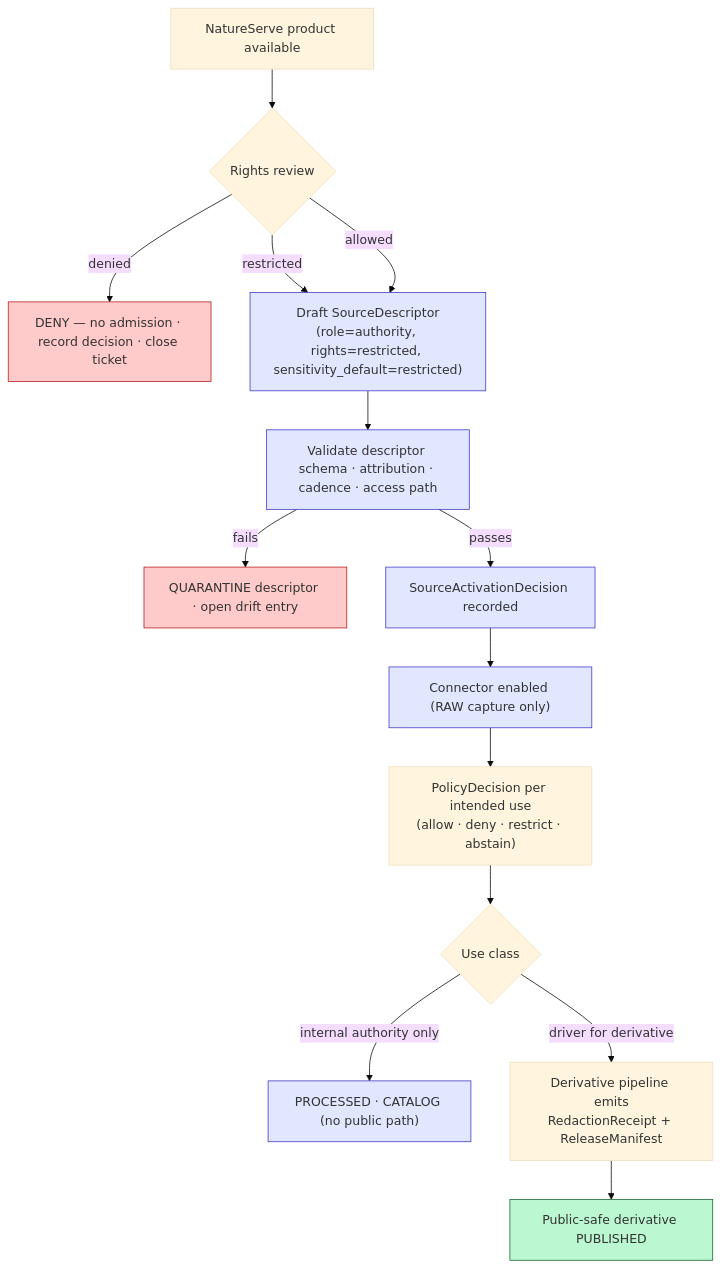
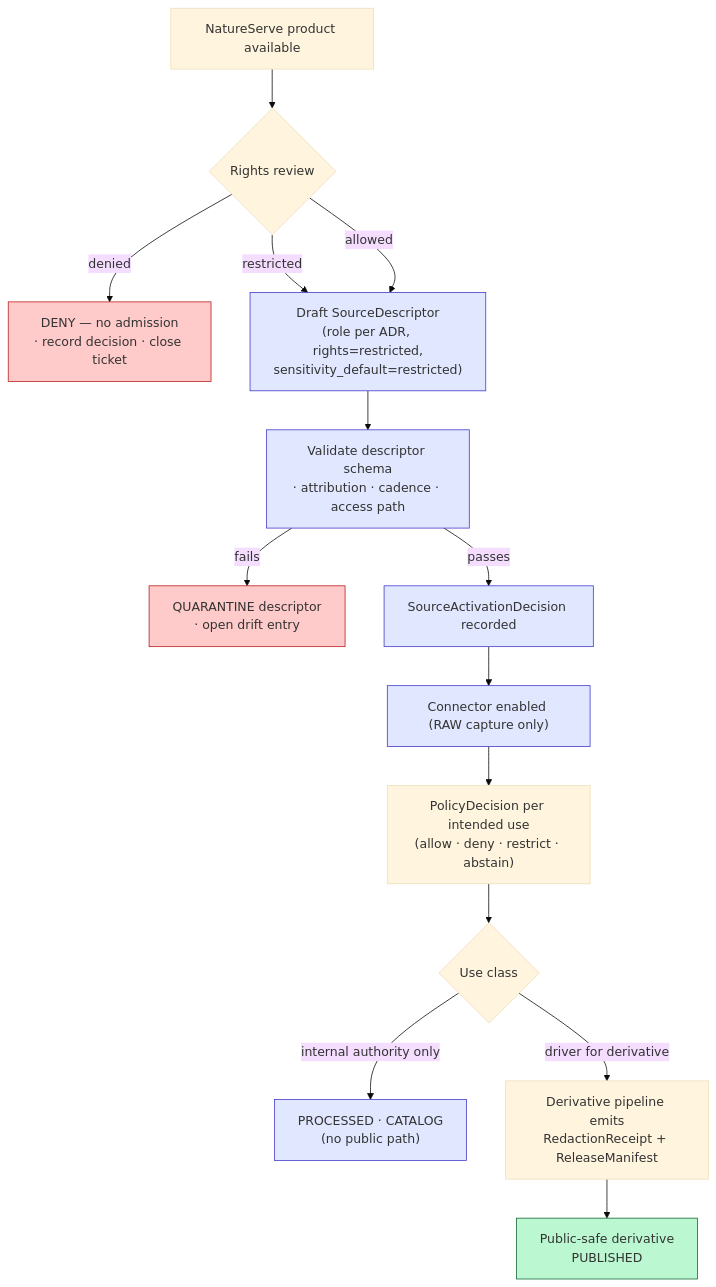
The second of 2 diagrams in docs/sources/catalog/natureserve/README.md (bartytime4life/Kansas-Frontier-Matrix), drawn with Mermaid (base theme) before and after one commit. The commit also changed other lines of this file, not shown here.

````diff
--- a/docs/sources/catalog/natureserve/README.md
+++ b/docs/sources/catalog/natureserve/README.md
@@ -245,22 +278,22 @@
 ```mermaid
 flowchart TD
   A["NatureServe product available"] --> B{"Rights review"}
-  B -- denied --> X1["DENY — no admission · record decision · close ticket"]
-  B -- restricted --> C["Draft SourceDescriptor<br/>(role=authority, rights=restricted, sensitivity_default=restricted)"]
+  B -- denied --> X1["DENY — no admission<br/>· record decision · close ticket"]
+  B -- restricted --> C["Draft SourceDescriptor<br/>(role per ADR, rights=restricted,<br/>sensitivity_default=restricted)"]
   B -- allowed --> C
-  C --> D["Validate descriptor schema · attribution · cadence · access path"]
-  D -- fails --> X2["QUARANTINE descriptor · open drift entry"]
+  C --> D["Validate descriptor schema<br/>· attribution · cadence · access path"]
+  D -- fails --> X2["QUARANTINE descriptor<br/>· open drift entry"]
   D -- passes --> E["SourceActivationDecision recorded"]
   E --> F["Connector enabled (RAW capture only)"]
   F --> G["PolicyDecision per intended use<br/>(allow · deny · restrict · abstain)"]
   G --> H{"Use class"}
-  H -- internal authority only --> I["PROCESSED · CATALOG (no public path)"]
+  H -- internal authority only --> I["PROCESSED · CATALOG<br/>(no public path)"]
   H -- driver for derivative --> J["Derivative pipeline emits<br/>RedactionReceipt + ReleaseManifest"]
-  J --> K["Public-safe derivative PUBLISHED"]
+  J --> K["Public-safe derivative<br/>PUBLISHED"]
   classDef deny fill:#fecaca,stroke:#b91c1c;
   classDef internal fill:#e0e7ff,stroke:#4338ca;
   classDef pub fill:#bbf7d0,stroke:#166534;
   class X1,X2 deny;
   class I,F,C,D,E internal;
   class K pub;
 ```
````
